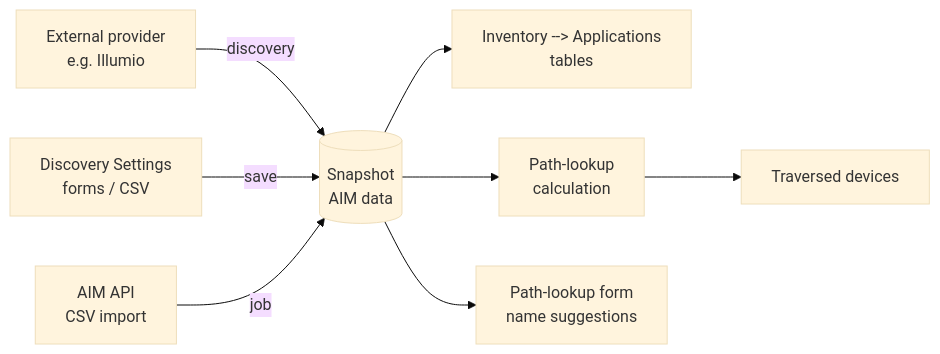
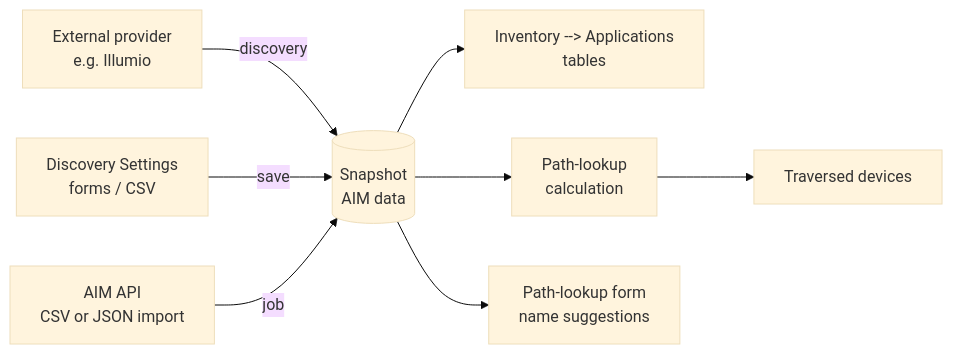
The diagram in docs/overview/application_infrastructure_mapping.md (ipfabric/docs), drawn with Mermaid (base theme) before and after one commit. The commit also changed other lines of this file and 6 other files, not shown here.

Commit message:
Document a JSON-body variant of the AIM import endpoint for patch release 8.1.4 (Release Notes & Public Docs)

````diff
--- a/docs/overview/application_infrastructure_mapping.md
+++ b/docs/overview/application_infrastructure_mapping.md
@@ -55,10 +55,10 @@
 ```mermaid
 flowchart LR
     P[External provider<br/>e.g. Illumio] -->|discovery| S[(Snapshot<br/>AIM data)]
     M[Discovery Settings<br/>forms / CSV] -->|save| S
-    A[AIM API<br/>CSV import] -->|job| S
+    A[AIM API<br/>CSV or JSON import] -->|job| S
     S --> T[Inventory --> Applications<br/>tables]
     S --> L[Path-lookup<br/>calculation]
     L --> D[Traversed devices]
     S --> H[Path-lookup form<br/>name suggestions]
 ```
````
